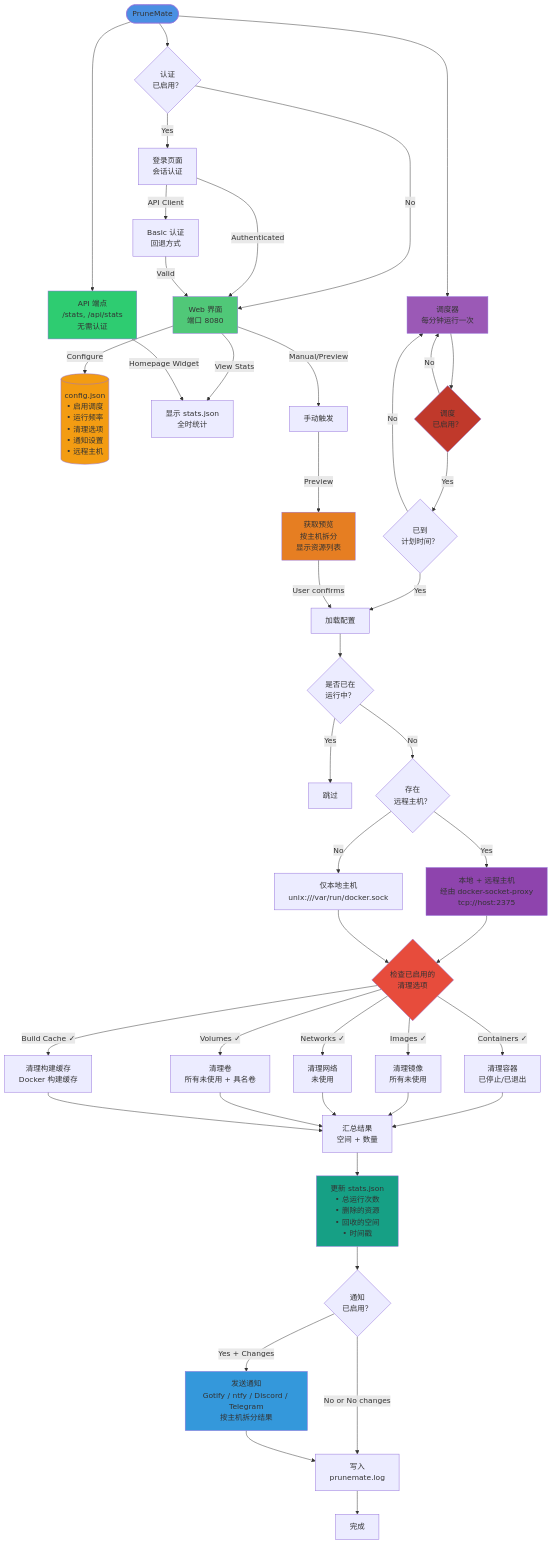
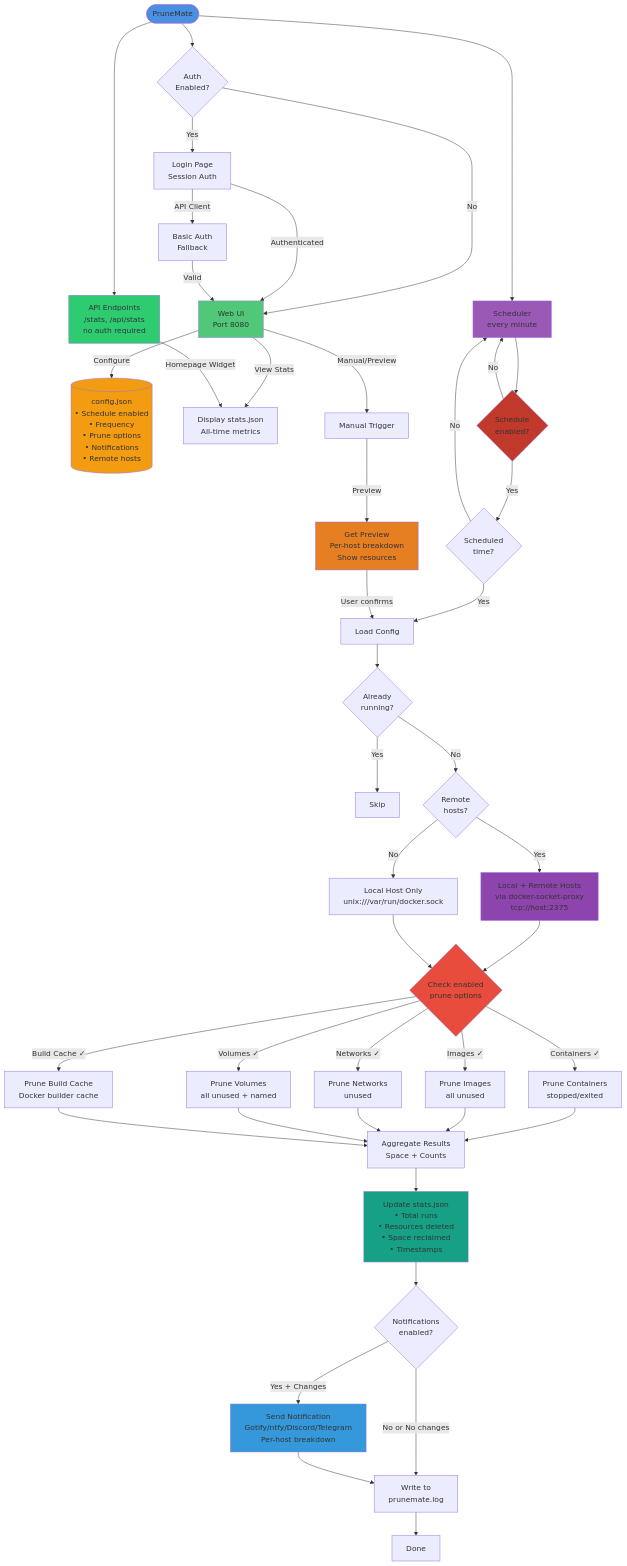
One commit to hbestm/PruneMate-CN changed the diagram in ARCHITECTURE.md. Above: the diagram before and after it, drawn with Mermaid. The commit also changed other lines of this file and 3 other files, not shown here.

````diff
--- a/ARCHITECTURE.md
+++ b/ARCHITECTURE.md
@@ -7,71 +7,70 @@
 ```mermaid
 flowchart TD
-    Start([PruneMate]) --> Auth{认证<br/>已启用？}
-    Auth -->|No| WebUI[Web 界面<br/>端口 8080]
-    Auth -->|Yes| Login[登录页面<br/>会话认证]
+    Start([PruneMate]) --> Auth{Auth<br/>Enabled?}
+    Auth -->|No| WebUI[Web UI<br/>Port 8080]
+    Auth -->|Yes| Login[Login Page<br/>Session Auth]
     Login -->|Authenticated| WebUI
-    Login -->|API Client| BasicAuth[Basic 认证<br/>回退方式]
+    Login -->|API Client| BasicAuth[Basic Auth<br/>Fallback]
     BasicAuth -->|Valid| WebUI
     
-    Start --> Scheduler[调度器<br/>每分钟运行一次]
-    Start --> API[API 端点<br/>/stats, /api/stats<br/>无需认证]
+    Start --> Scheduler[Scheduler<br/>every minute]
+    Start --> API[API Endpoints<br/>/stats, /api/stats<br/>no auth required]
     
-    WebUI --> |Configure| Config[(config.json<br/>• 启用调度<br/>• 运行频率<br/>• 清理选项<br/>• 通知设置<br/>• 远程主机)]
-    WebUI --> |View Stats| StatsUI[显示 stats.json<br/>全时统计]
-    WebUI --> |Manual/Preview| Manual[手动触发]
+    WebUI --> |Configure| Config[(config.json<br/>• Schedule enabled<br/>• Frequency<br/>• Prune options<br/>• Notifications<br/>• Remote hosts)]
+    WebUI --> |View Stats| StatsUI[Display stats.json<br/>All-time metrics]
+    WebUI --> |Manual/Preview| Manual[Manual Trigger]
     API --> |Homepage Widget| StatsUI
     
-    Scheduler --> CheckSchedule{调度<br/>已启用？}
+    Scheduler --> CheckSchedule{Schedule<br/>enabled?}
     CheckSchedule --> |No| Scheduler
-    CheckSchedule --> |Yes| CheckTime{已到<br/>计划时间？}
+    CheckSchedule --> |Yes| CheckTime{Scheduled<br/>time?}
     CheckTime --> |No| Scheduler
-    CheckTime --> |Yes| LoadConfig[加载配置]
+    CheckTime --> |Yes| LoadConfig[Load Config]
     
-    Manual --> |Preview| Preview[获取预览<br/>按主机拆分<br/>显示资源列表]
+    Manual --> |Preview| Preview[Get Preview<br/>Per-host breakdown<br/>Show resources]
     Preview --> |User confirms| LoadConfig
     
-    LoadConfig --> Lock{是否已在<br/>运行中？}
-    Lock --> |Yes| Skip[跳过]
-    Lock --> |No| CheckHosts{存在<br/>远程主机？}
+    LoadConfig --> Lock{Already<br/>running?}
+    Lock --> |Yes| Skip[Skip]
+    Lock --> |No| CheckHosts{Remote<br/>hosts?}
     
-    CheckHosts --> |Yes| Remote[本地 + 远程主机<br/>经由 docker-socket-proxy<br/>tcp://host:2375]
-    CheckHosts --> |No| Local[仅本地主机<br/>unix:///var/run/docker.sock]
+    CheckHosts --> |Yes| Remote[Local + Remote Hosts<br/>via docker-socket-proxy<br/>tcp://host:2375]
+    CheckHosts --> |No| Local[Local Host Only<br/>unix:///var/run/docker.sock]
     
     Remote --> CheckOptions
     Local --> CheckOptions
     
-    CheckOptions{检查已启用的<br/>清理选项}
-    CheckOptions --> |Containers ✓| PruneC[清理容器<br/>已停止/已退出]
-    CheckOptions --> |Images ✓| PruneI[清理镜像<br/>所有未使用]
-    CheckOptions --> |Networks ✓| PruneN[清理网络<br/>未使用]
-    CheckOptions --> |Volumes ✓| PruneV[清理卷<br/>所有未使用 + 具名卷]
-    CheckOptions --> |Build Cache ✓| PruneB[清理构建缓存<br/>Docker 构建缓存]
+    CheckOptions{Check enabled<br/>prune options}
+    CheckOptions --> |Containers ✓| PruneC[Prune Containers<br/>stopped/exited]
+    CheckOptions --> |Images ✓| PruneI[Prune Images<br/>all unused]
+    CheckOptions --> |Networks ✓| PruneN[Prune Networks<br/>unused]
+    CheckOptions --> |Volumes ✓| PruneV[Prune Volumes<br/>all unused + named]
+    CheckOptions --> |Build Cache ✓| PruneB[Prune Build Cache<br/>Docker builder cache]
     
     PruneC --> Aggregate
     PruneI --> Aggregate
     PruneN --> Aggregate
     PruneV --> Aggregate
     PruneB --> Aggregate
     
-    Aggregate[汇总结果<br/>空间 + 数量] --> Stats[更新 stats.json<br/>• 总运行次数<br/>• 删除的资源<br/>• 回收的空间<br/>• 时间戳]
+    Aggregate[Aggregate Results<br/>Space + Counts] --> Stats[Update stats.json<br/>• Total runs<br/>• Resources deleted<br/>• Space reclaimed<br/>• Timestamps]
     
-    Stats --> Notify{通知<br/>已启用？}
+    Stats --> Notify{Notifications<br/>enabled?}
     
-    Notify --> |Yes + Changes| Send[发送通知<br/>Gotify / ntfy / Discord / Telegram<br/>按主机拆分结果]
-    Notify --> |No or No changes| Log[写入<br/>prunemate.log]
+    Notify --> |Yes + Changes| Send[Send Notification<br/>Gotify/ntfy/Discord/Telegram<br/>Per-host breakdown]
+    Notify --> |No or No changes| Log[Write to<br/>prunemate.log]
     Send --> Log
-    Log --> Done[完成]
+    Log --> Done[Done]
     
     style Start fill:#4a90e2
     style WebUI fill:#50c878
     style Scheduler fill:#9b59b6
     style Config fill:#f39c12
     style CheckOptions fill:#e74c3c
     style Stats fill:#16a085
     style Send fill:#3498db
     style Preview fill:#e67e22
     style API fill:#2ecc71
     style Remote fill:#8e44ad
     style CheckSchedule fill:#c0392b
-
 ```
````
